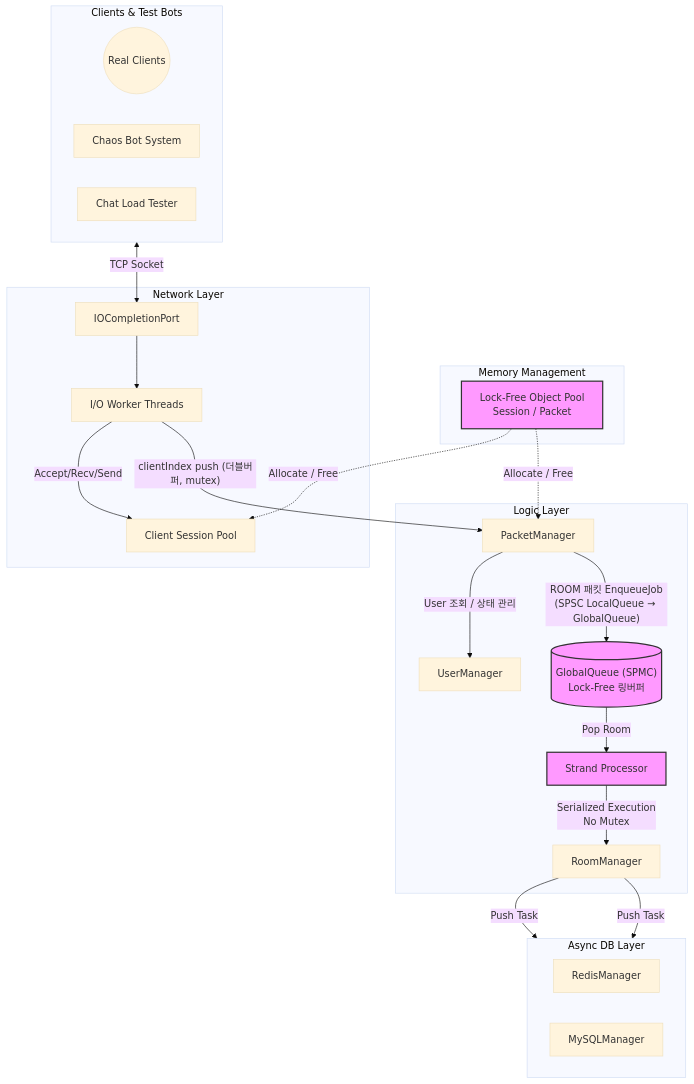
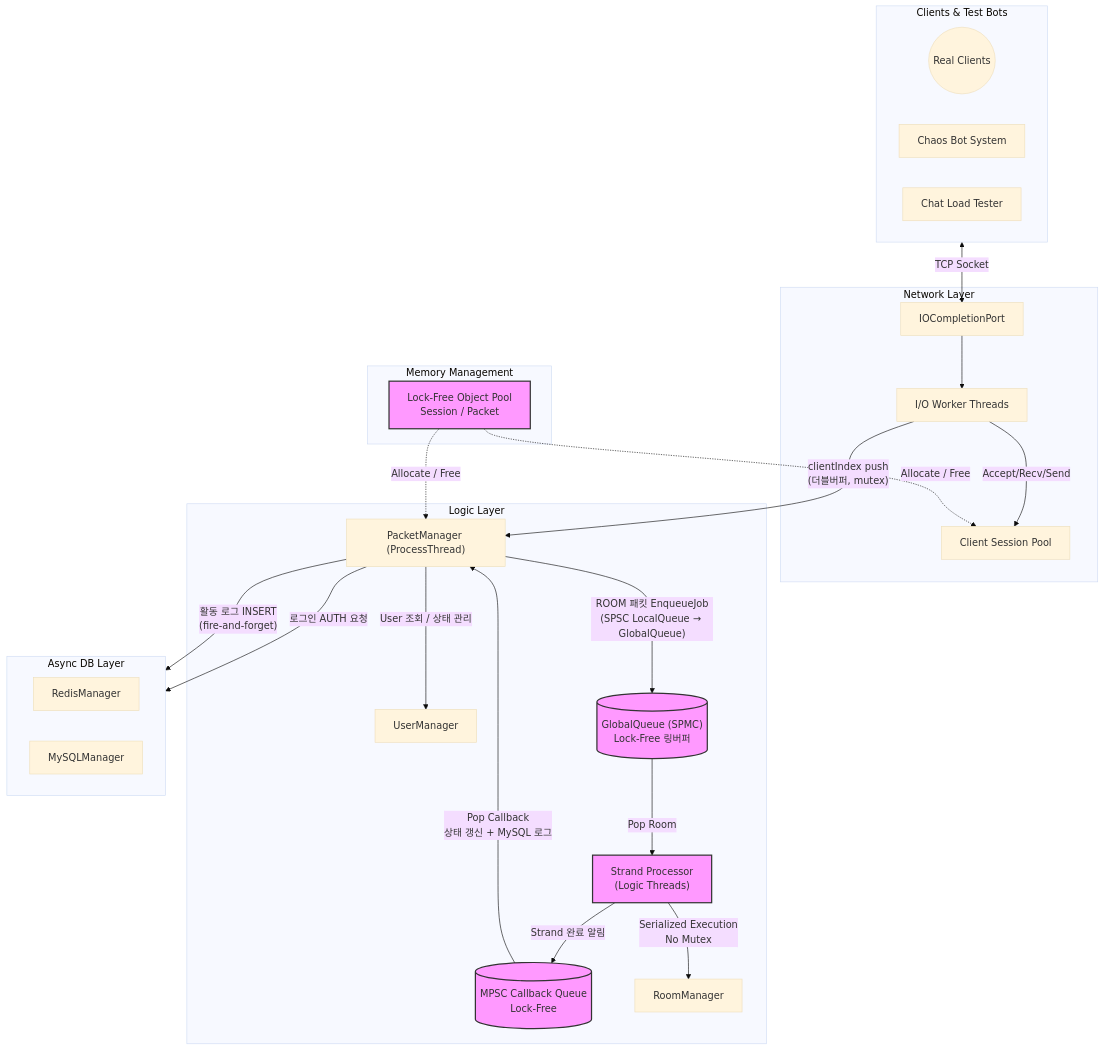
One commit to kanghyoungwoo/IOCP changed the fourth of 4 diagrams in Docs/서버 아키텍처 진화 및 성능 벤치마크.md. Above: the diagram before and after it, drawn with Mermaid (base theme). The commit also changed other lines of this file and 1 other file, not shown here.

Commit message:
readme 수정

````diff
--- a/Docs/서버 아키텍처 진화 및 성능 벤치마크.md
+++ b/Docs/서버 아키텍처 진화 및 성능 벤치마크.md
@@ -242,48 +242,52 @@
 ```mermaid
 graph TD
     subgraph External_Clients [Clients & Test Bots]
         Clients((Real Clients))
         ChaosBot[Chaos Bot System]
         LoadTester[Chat Load Tester]
     end
 
     subgraph Memory_Layer [Memory Management]
         MemPool[Lock-Free Object Pool\nSession / Packet]
     end
 
     subgraph Network_Layer [Network Layer]
         IOCP[IOCompletionPort]
         WorkerThreads[I/O Worker Threads]
         SessionPool[Client Session Pool]
         IOCP --> WorkerThreads
         WorkerThreads -->|Accept/Recv/Send| SessionPool
     end
 
     subgraph Logic_Layer [Logic Layer]
-        PacketManager[PacketManager]
+        PacketManager["PacketManager (ProcessThread)"]
         UserMgr[UserManager]
         GlobalQueue[("GlobalQueue (SPMC)\nLock-Free 링버퍼")]
-        StrandProcessor[Strand Processor]
+        CallbackQueue[("MPSC Callback Queue\nLock-Free")]
+        StrandProcessor["Strand Processor\n(Logic Threads)"]
         RoomMgr[RoomManager]
-        WorkerThreads -->|"clientIndex push (더블버퍼, mutex)"| PacketManager
-        PacketManager -->|User 조회 / 상태 관리| UserMgr
+
+        PacketManager -->|"User 조회 / 상태 관리"| UserMgr
         PacketManager -->|"ROOM 패킷 EnqueueJob\n(SPSC LocalQueue → GlobalQueue)"| GlobalQueue
         GlobalQueue -->|"Pop Room"| StrandProcessor
-        StrandProcessor -->|Serialized Execution\nNo Mutex| RoomMgr
+        StrandProcessor -->|"Serialized Execution\nNo Mutex"| RoomMgr
+        StrandProcessor -->|"Strand 완료 알림"| CallbackQueue
+        CallbackQueue -->|"Pop Callback\n상태 갱신 + MySQL 로그"| PacketManager
     end
 
     subgraph DB_Layer [Async DB Layer]
         direction LR
         RedisMgr[RedisManager]
         MySQLMgr[MySQLManager]
     end
 
     External_Clients <-->|TCP Socket| IOCP
+    WorkerThreads -->|"clientIndex push\n(더블버퍼, mutex)"| PacketManager
     MemPool -.->|Allocate / Free| SessionPool
     MemPool -.->|Allocate / Free| PacketManager
-    RoomMgr -->|Push Task| RedisMgr
-    RoomMgr -->|Push Task| MySQLMgr
+    PacketManager -->|"로그인 AUTH 요청"| RedisMgr
+    PacketManager -->|"활동 로그 INSERT\n(fire-and-forget)"| MySQLMgr
 
     classDef core fill:#f9f,stroke:#333,stroke-width:2px;
-    class StrandProcessor,GlobalQueue,MemPool core;
+    class StrandProcessor,GlobalQueue,MemPool,CallbackQueue core;
 ```
````
